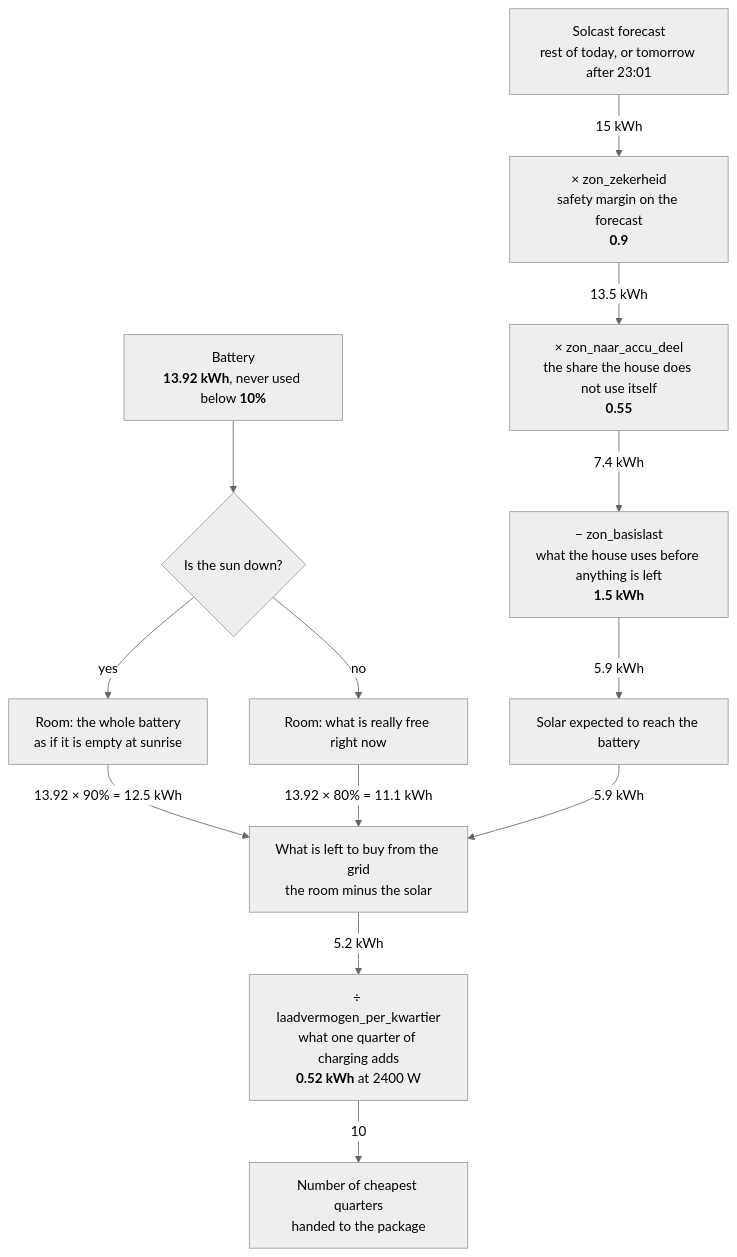
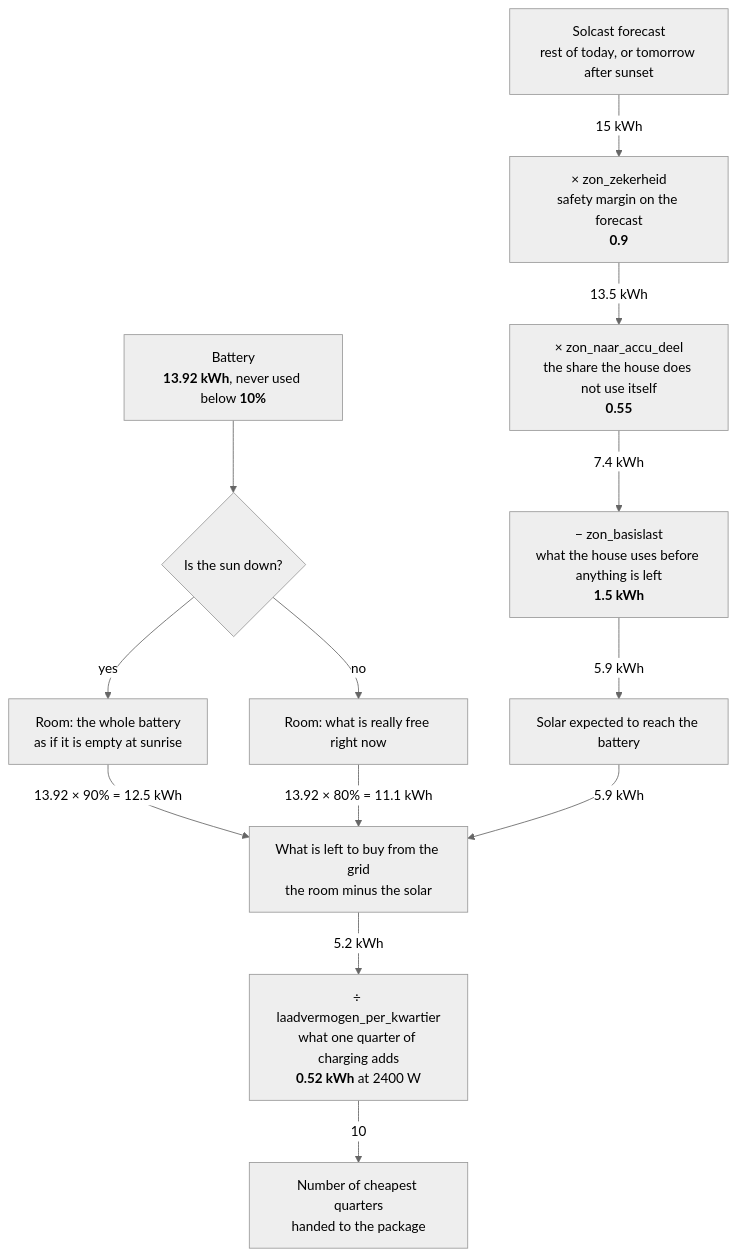
One commit to christianvaes/home-assistant changed the diagram in automations/README.md. Above: the diagram before and after it, drawn with Mermaid (neutral theme). The commit also changed other lines of this file and 1 other file, not shown here.

First line of the commit message:
Weigh tonight's quarters against tomorrow before buying them

````diff
--- a/automations/README.md
+++ b/automations/README.md
@@ -54,15 +54,15 @@
 ```mermaid
 flowchart TD
-    F["Solcast forecast<br>rest of today, or tomorrow after 23:01"] -->|15 kWh| M["× zon_zekerheid<br>safety margin on the forecast<br><b>0.9</b>"]
+    F["Solcast forecast<br>rest of today, or tomorrow after sunset"] -->|15 kWh| M["× zon_zekerheid<br>safety margin on the forecast<br><b>0.9</b>"]
     M -->|13.5 kWh| S["× zon_naar_accu_deel<br>the share the house does not use itself<br><b>0.55</b>"]
     S -->|7.4 kWh| B["− zon_basislast<br>what the house uses before anything is left<br><b>1.5 kWh</b>"]
     B -->|5.9 kWh| E["Solar expected to reach the battery"]
     C["Battery<br><b>13.92 kWh</b>, never used below <b>10%</b>"] --> D{"Is the sun down?"}
     D -->|yes| R1["Room: the whole battery<br>as if it is empty at sunrise"]
     D -->|no| R2["Room: what is really free right now"]
     R1 -->|"13.92 × 90% = 12.5 kWh"| N
     R2 -->|"13.92 × 80% = 11.1 kWh"| N
     E -->|5.9 kWh| N["What is left to buy from the grid<br>the room minus the solar"]
     N -->|5.2 kWh| Q["÷ laadvermogen_per_kwartier<br>what one quarter of charging adds<br><b>0.52 kWh</b> at 2400 W"]
     Q -->|10| X["Number of cheapest quarters<br>handed to the package"]
 ```
````
